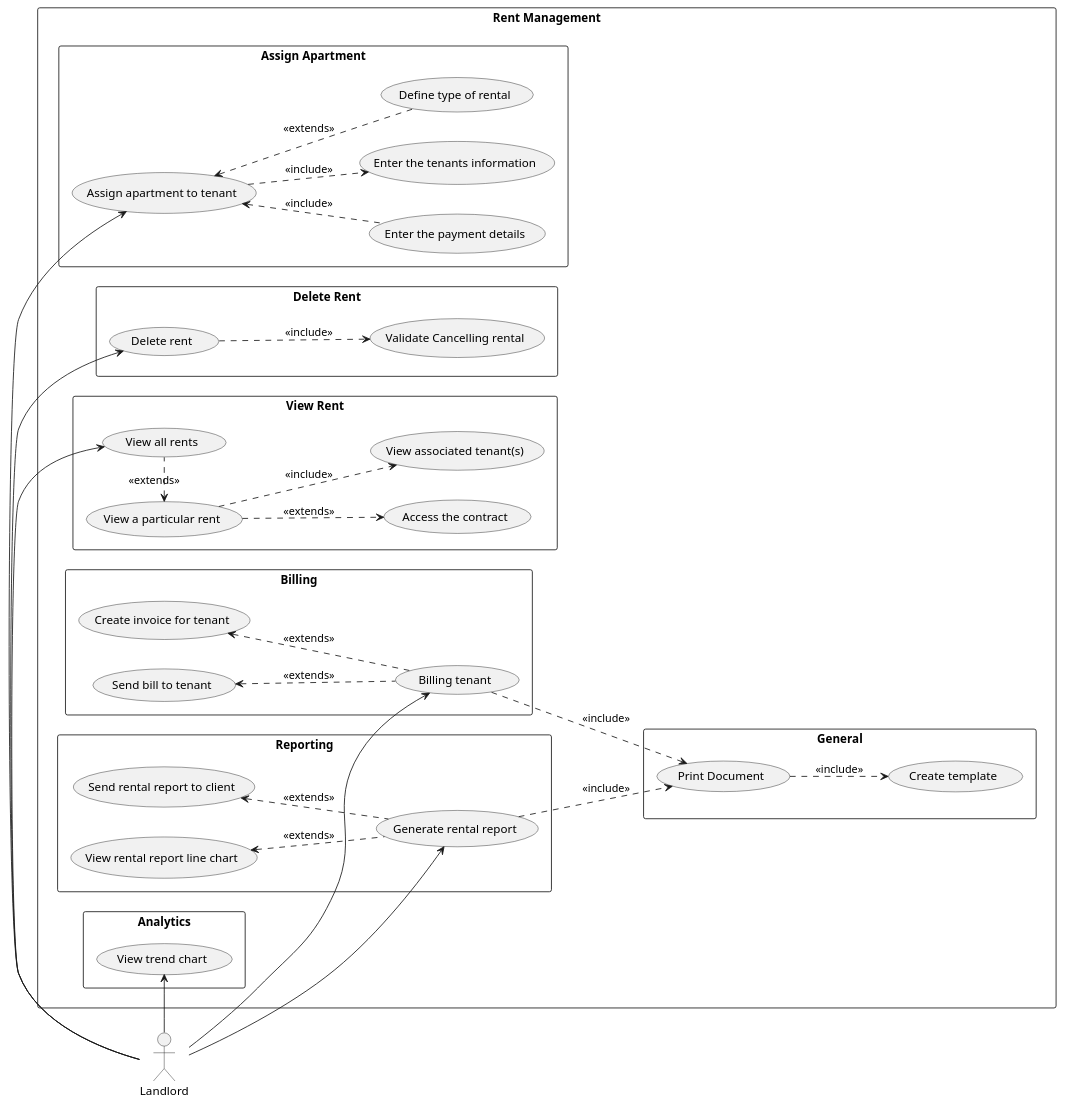
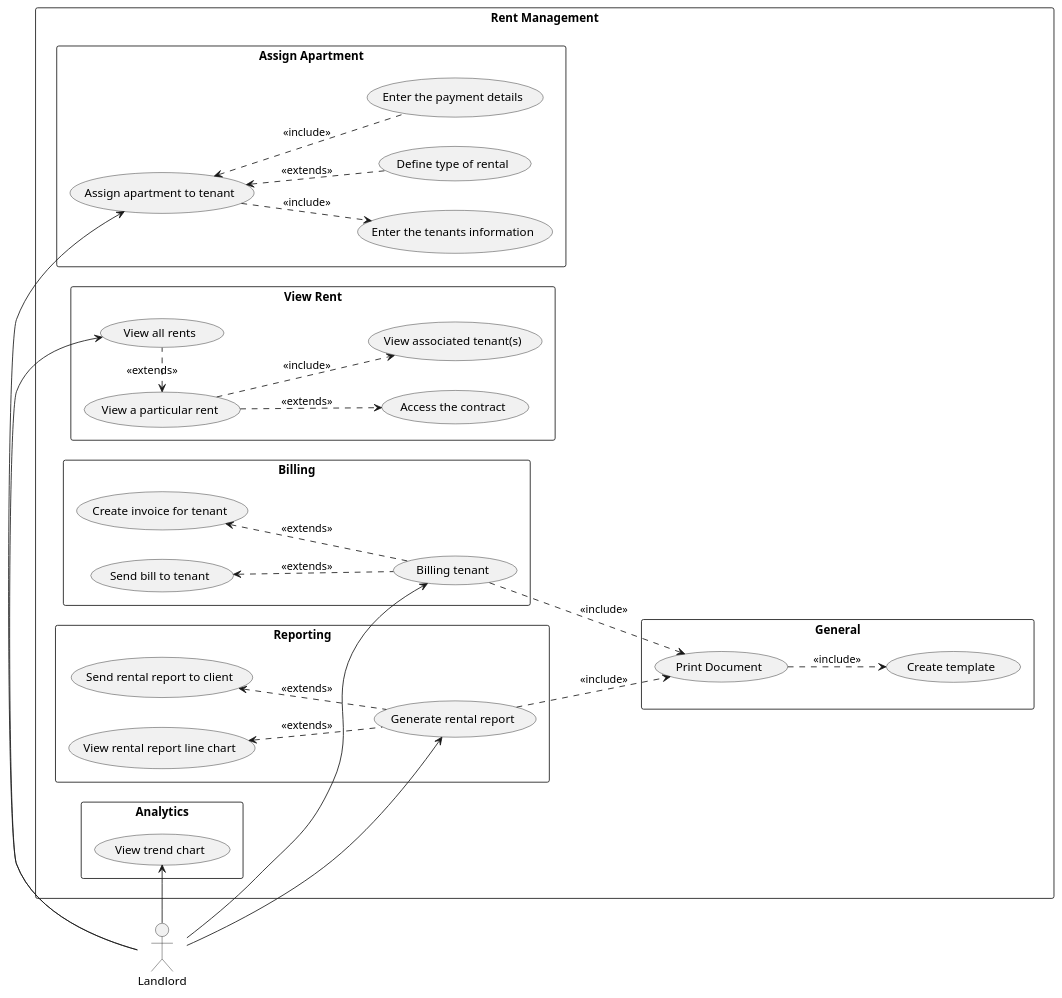
The diagram in modeling/rent/usecase.puml (SprigganTwelve/immo-flow), drawn with PlantUML before and after one commit. The commit also changed 16 other files, not shown here.

```diff
--- a/modeling/rent/usecase.puml
+++ b/modeling/rent/usecase.puml
@@ -1,131 +1,116 @@
 @startuml
 
 
 
 left to right direction
 
 
 skinparam rectanglePadding 10
 skinparam usecasePadding 8
 skinparam rectangleMargin 15
 
 
 actor Landlord
 
 
 
 rectangle "Rent Management" {
 
     rectangle "General" {
         (Print Document) as USG1
         (Create template) as USG2
     }
 
     rectangle "Assign Apartment" {
         (Assign apartment to tenant) as US1
         (Enter the payment details) as US11
         (Enter the tenants information) as US12
         (Define type of rental) as US13
     }
 
-    rectangle "Delete Rent" {
-        (Delete rent) as US2
-        (Validate Cancelling rental) as US21
-    }
 
     rectangle "View Rent" {
         (View all rents) as US3
         (View a particular rent) as US31
         (Access the contract) as US32
         usecase "View associated tenant(s)" as US34
     }
 
     rectangle "Billing" {
         (Billing tenant) as US4
         (Create invoice for tenant) as US41
         (Send bill to tenant) as US42
     }
 
     rectangle "Reporting" {
         (Generate rental report) as US5
         (Send rental report to client) as US51
         (View rental report line chart) as US52
     }
 
     rectangle "Analytics" {
         (View trend chart) as US6
     }
 }
 
 
 
 '========================================
 ' Assign Apartment
 '========================================
 
 
 
 Landlord -up-> US1
 US1 <.. US11 : <<include>>
 US1 ..> US12 : <<include>>
 US1 <.. US13 : <<extends>>
 
-
-
-
-'========================================
-' Delete Rent
-'========================================
-
-
-
-Landlord --> US2
-US2 ..> US21 : <<include>>
 
 
 
 '========================================
 ' View Rent
 '========================================
 
 
 Landlord --> US3
 US31 <.right. US3  : <<extends>>
 US32 <.up. US31 : <<extends>>
 US31 ..> US34 : <<include>>
 
 
 '========================================
 ' Billing
 '========================================
 
 
 
 Landlord --> US4
 US41 <.. US4 : <<extends>>
 US42 <.. US4 : <<extends>>
 US4 ..> USG1 : <<include>>
 USG1 ..> USG2 : <<include>>
 
 
 
 '========================================
 ' Reporting
 '========================================
 
 
 
 Landlord -down-> US5
 US5 ..> USG1 : <<include>>
 US51 <.. US5 : <<extends>>
 US52 <.. US5 : <<extends>>
 
 
 '========================================
 ' Analytics
 '========================================
 
 
 Landlord -up-> US6
 
 @enduml
```
